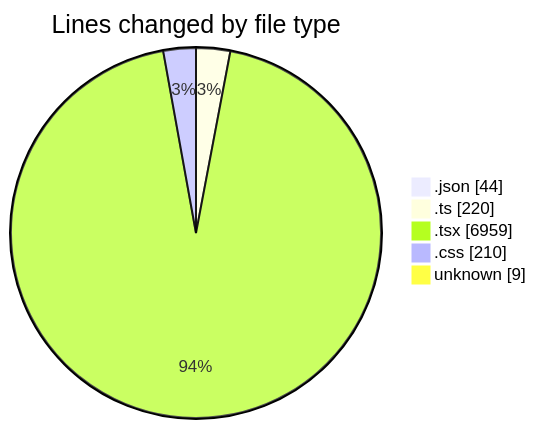
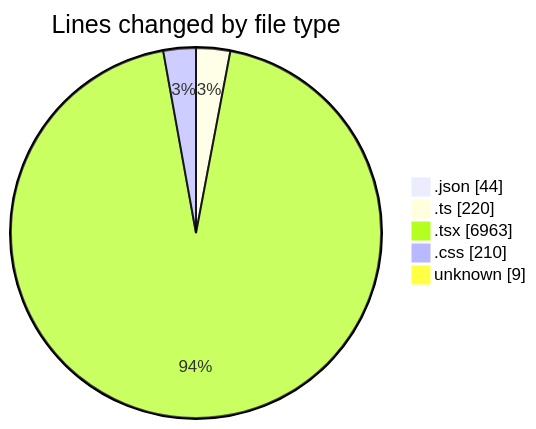
One commit to julien-gomy/code-tracking changed the first of 2 diagrams in 2025-10-24/eventscop-frontend-guide__workspace_/README.md. Above: the diagram before and after it, drawn with Mermaid. The commit also changed other lines of this file and 1 other file, not shown here.

````diff
--- a/2025-10-24/eventscop-frontend-guide__workspace_/README.md
+++ b/2025-10-24/eventscop-frontend-guide__workspace_/README.md
@@ -49,9 +49,9 @@
 ```mermaid
 pie showData
 title Lines changed by file type
 ".json" : 44
 ".ts" : 220
-".tsx" : 6959
+".tsx" : 6963
 ".css" : 210
 "unknown" : 9
 ```
````
